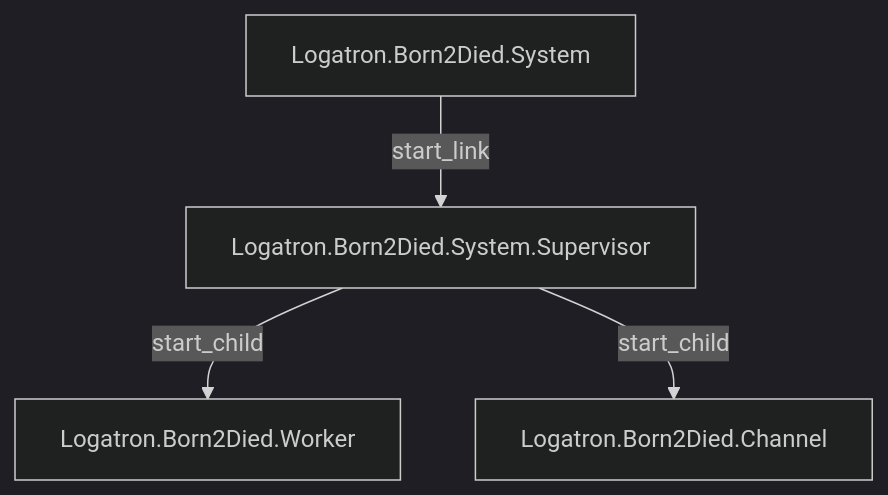
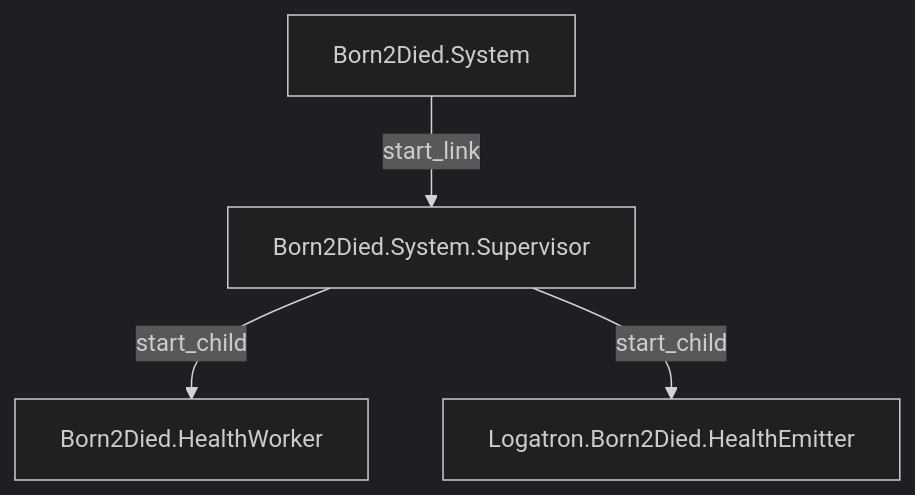
The first of 2 diagrams in system/apps/logatron_edge/lib/born_2_died/readme.md (beam-campus/logatron), drawn with Mermaid (dark theme) before and after one commit. The commit also changed other lines of this file and 216 other files, not shown here.

````diff
--- a/system/apps/logatron_edge/lib/born_2_died/readme.md
+++ b/system/apps/logatron_edge/lib/born_2_died/readme.md
@@ -19,13 +19,13 @@
 ```mermaid
 graph TD
 
-  System[Logatron.Born2Died.System]
-  Supervisor[Logatron.Born2Died.System.Supervisor]
-  Worker[Logatron.Born2Died.Worker]
-  Channel[Logatron.Born2Died.Channel]
+  System[Born2Died.System]
+  Supervisor[Born2Died.System.Supervisor]
+  Worker[Born2Died.HealthWorker]
+  Channel[Logatron.Born2Died.HealthEmitter]
 
   System --> |start_link| Supervisor  
   Supervisor --> |start_child| Worker
   Supervisor --> |start_child| Channel
 
 ```
````
